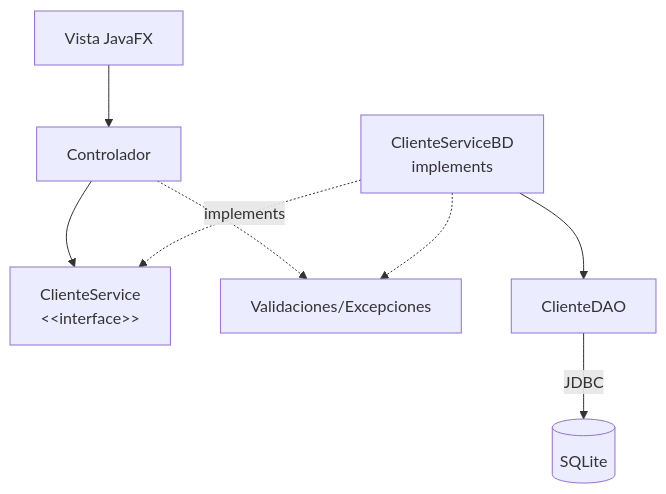
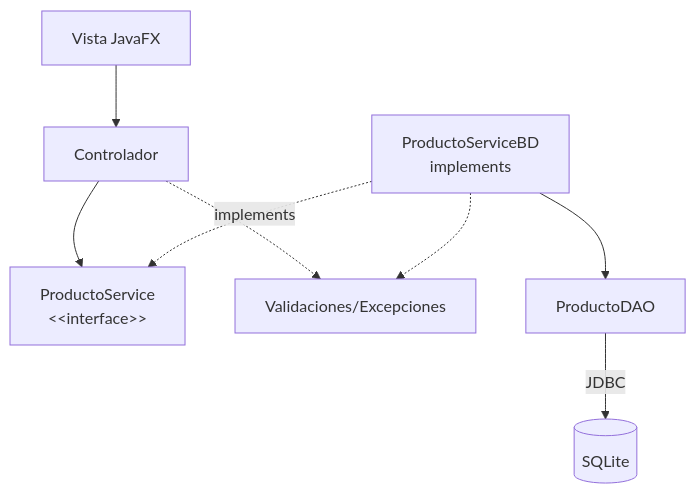
Before and after one commit to 262poo/comarket: the diagram in docs/S11_Validacion_Integracion_Pruebas.md, drawn with Mermaid. The commit also changed 12 other files, not shown here.

````diff
--- a/docs/S11_Validacion_Integracion_Pruebas.md
+++ b/docs/S11_Validacion_Integracion_Pruebas.md
@@ -59,18 +59,18 @@
 ```mermaid
 flowchart TB
     Vista["Vista JavaFX"]
     Controlador["Controlador"]
-    Contrato["ClienteService<br/>&lt;&lt;interface&gt;&gt;"]
-    ServicioBD["ClienteServiceBD<br/>implements"]
+    Contrato["ProductoService<br/>&lt;&lt;interface&gt;&gt;"]
+    ServicioBD["ProductoServiceBD<br/>implements"]
     Validaciones["Validaciones/Excepciones"]
-    DAO["ClienteDAO"]
+    DAO["ProductoDAO"]
     SQLite[("SQLite")]
 
     Vista --> Controlador
     Controlador --> Contrato
     ServicioBD -. implements .-> Contrato
     Controlador -.-> Validaciones
     ServicioBD -.-> Validaciones
     ServicioBD --> DAO
     DAO -->|"JDBC"| SQLite
 ```
````
